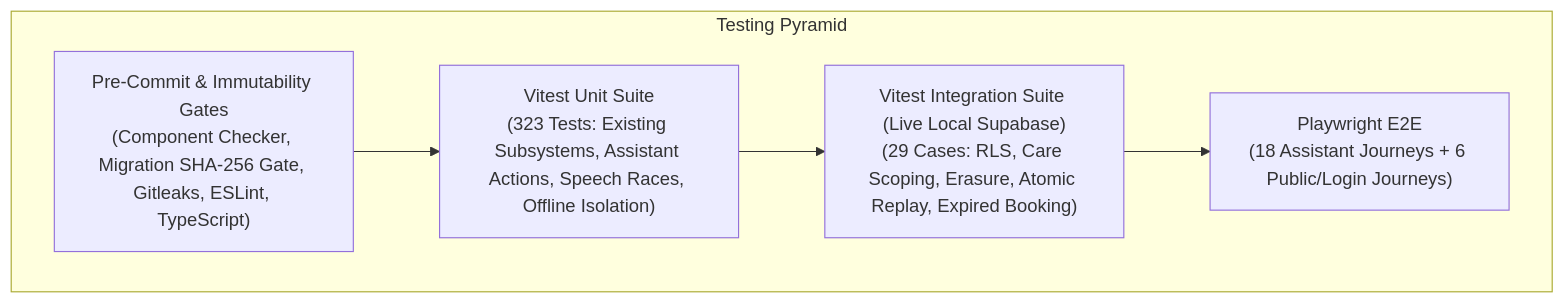
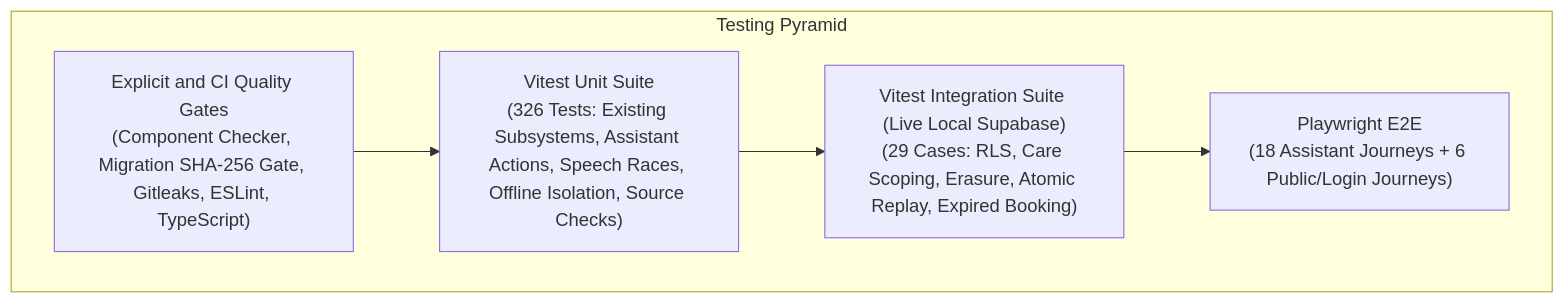
One commit to Arnavshukla09/RURAL-HEALTHCARE-PLATFORM changed the diagram in docs/TESTING.md. Above: the diagram before and after it, drawn with Mermaid. The commit also changed other lines of this file and 15 other files, not shown here.

Commit message:
snapshot(docs): add repository maintenance, study guide, and modularize component checks

````diff
--- a/docs/TESTING.md
+++ b/docs/TESTING.md
@@ -13,13 +13,13 @@
 ```mermaid
 flowchart TD
     subgraph TestingPyramid["Testing Pyramid"]
         E2E["Playwright E2E\n(18 Assistant Journeys + 6 Public/Login Journeys)"]
         Integration["Vitest Integration Suite (Live Local Supabase)\n(29 Cases: RLS, Care Scoping, Erasure, Atomic Replay, Expired Booking)"]
-        Unit["Vitest Unit Suite\n(323 Tests: Existing Subsystems, Assistant Actions, Speech Races, Offline Isolation)"]
-        Static["Pre-Commit & Immutability Gates\n(Component Checker, Migration SHA-256 Gate, Gitleaks, ESLint, TypeScript)"]
+        Unit["Vitest Unit Suite\n(326 Tests: Existing Subsystems, Assistant Actions, Speech Races, Offline Isolation, Source Checks)"]
+        Static["Explicit and CI Quality Gates\n(Component Checker, Migration SHA-256 Gate, Gitleaks, ESLint, TypeScript)"]
     end
 
     Static --> Unit
     Unit --> Integration
     Integration --> E2E
 ```
````
